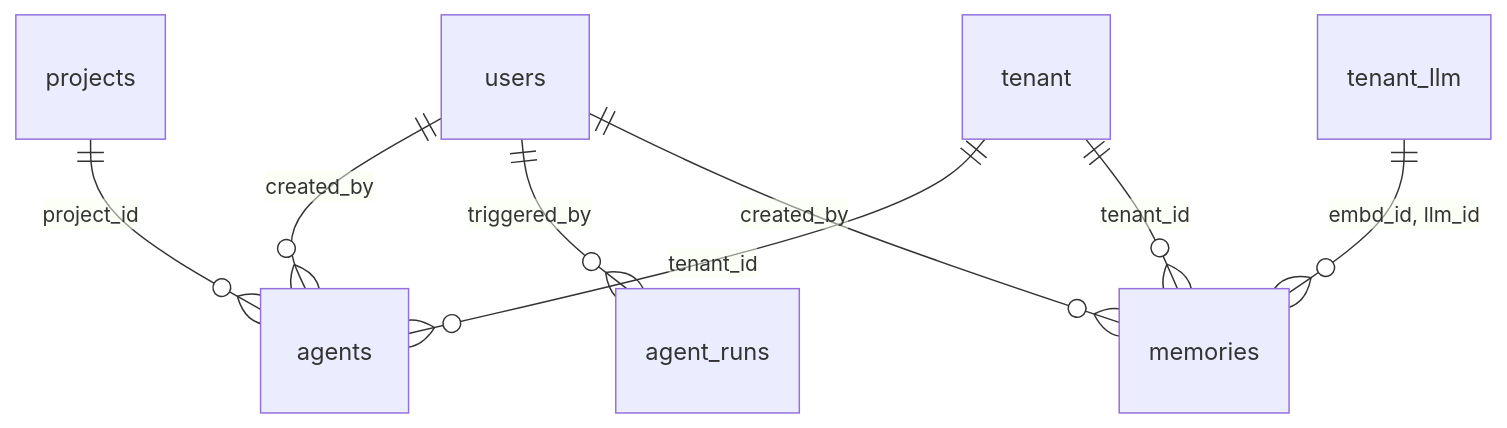
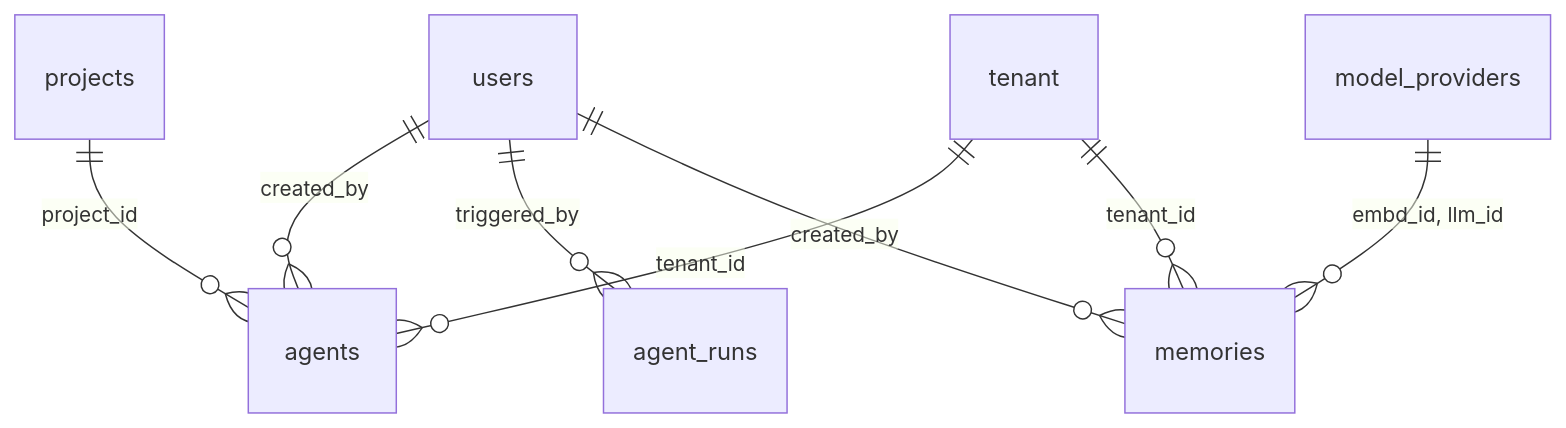
The third of 3 diagrams in docs/basic-design/database/database-design-agents-memory.md (b-knowledge-solution/b-knowledge), drawn with Mermaid before and after one commit. The commit also changed other lines of this file and 5 other files, not shown here.

First line of the commit message:
docs: update all 6 database design docs to match actual migration schema

````diff
--- a/docs/basic-design/database/database-design-agents-memory.md
+++ b/docs/basic-design/database/database-design-agents-memory.md
@@ -200,10 +200,10 @@
 ```mermaid
 erDiagram
     users ||--o{ agents : "created_by"
     users ||--o{ agent_runs : "triggered_by"
     users ||--o{ memories : "created_by"
     projects ||--o{ agents : "project_id"
     tenant ||--o{ agents : "tenant_id"
     tenant ||--o{ memories : "tenant_id"
-    tenant_llm ||--o{ memories : "embd_id, llm_id"
+    model_providers ||--o{ memories : "embd_id, llm_id"
 ```
````
